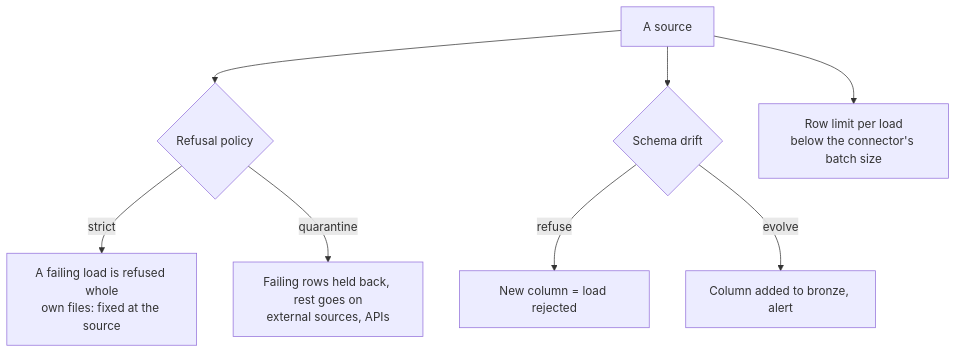
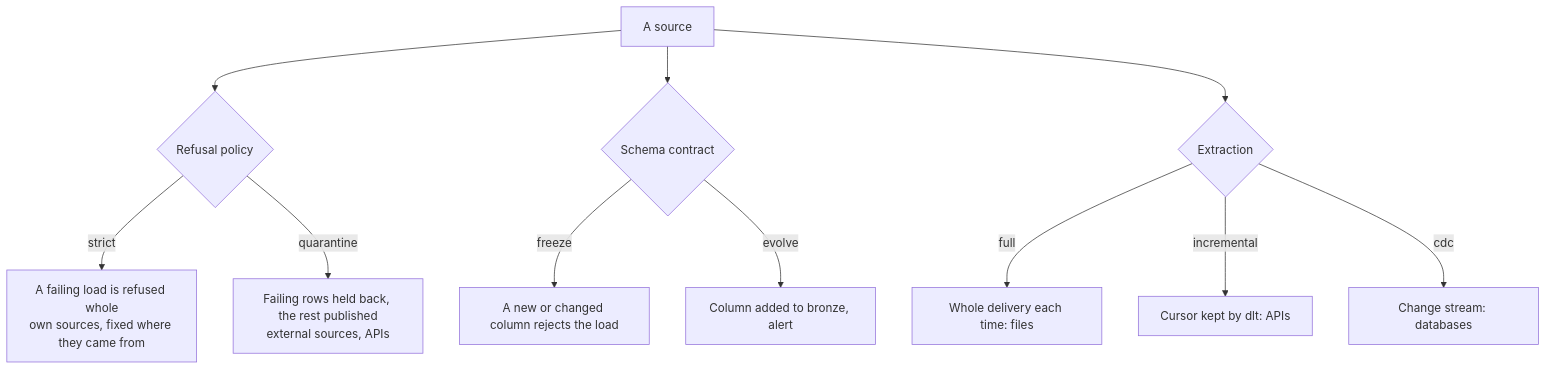
Before and after one commit to le1douglas/DataWarehouse: the fourth of 8 diagrams in docs/ARCHITECTURE_PROPOSAL.md, drawn with Mermaid. The commit also changed other lines of this file, not shown here.

Commit message:
start of architectural plan

````diff
--- a/docs/ARCHITECTURE_PROPOSAL.md
+++ b/docs/ARCHITECTURE_PROPOSAL.md
@@ -101,10 +155,13 @@
 ```mermaid
 flowchart TD
     src["A source"] --> pol{"Refusal policy"}
-    pol -->|strict| s["A failing load is refused whole<br/>own files: fixed at the source"]
-    pol -->|quarantine| q["Failing rows held back, rest goes on<br/>external sources, APIs"]
-    src --> drift{"Schema drift"}
-    drift -->|refuse| r["New column = load rejected"]
-    drift -->|evolve| e["Column added to bronze, alert"]
-    src --> lim["Row limit per load<br/>below the connector's batch size"]
+    pol -->|strict| s["A failing load is refused whole<br/>own sources, fixed where they came from"]
+    pol -->|quarantine| q["Failing rows held back, the rest published<br/>external sources, APIs"]
+    src --> contract{"Schema contract"}
+    contract -->|freeze| f["A new or changed column rejects the load"]
+    contract -->|evolve| e["Column added to bronze, alert"]
+    src --> mode{"Extraction"}
+    mode -->|full| full["Whole delivery each time: files"]
+    mode -->|incremental| inc["Cursor kept by dlt: APIs"]
+    mode -->|cdc| cdc["Change stream: databases"]
 ```
````
